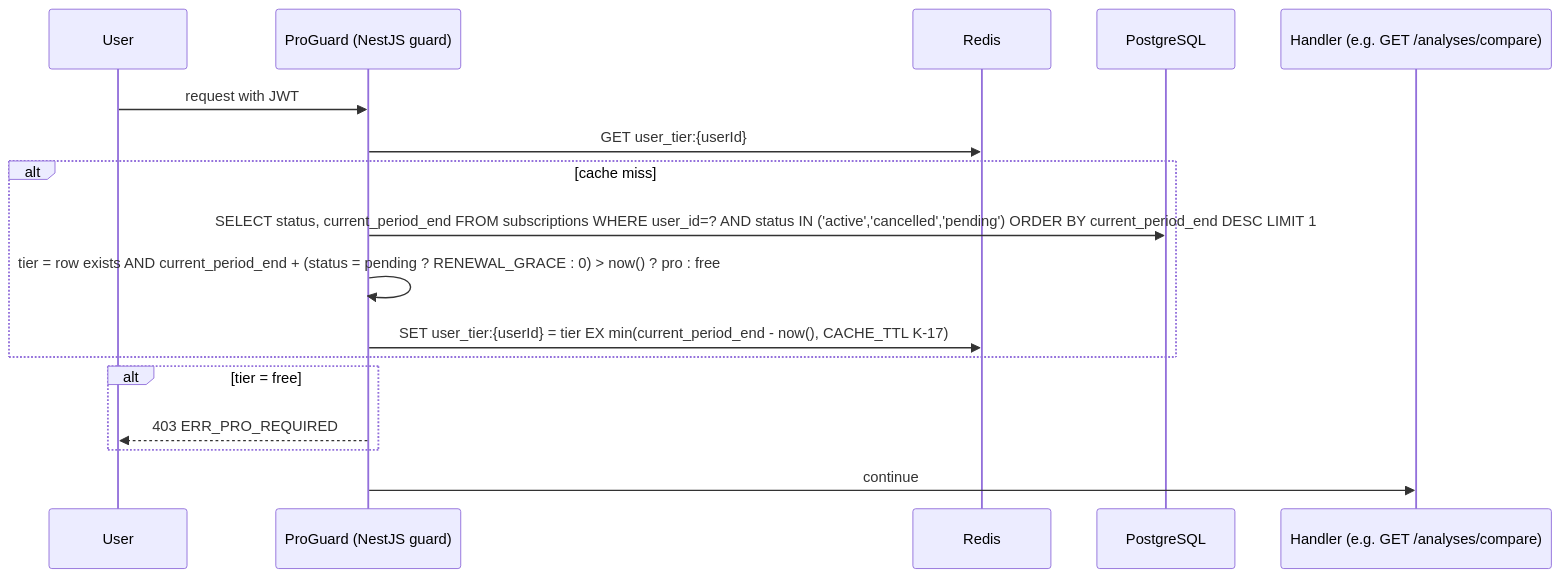
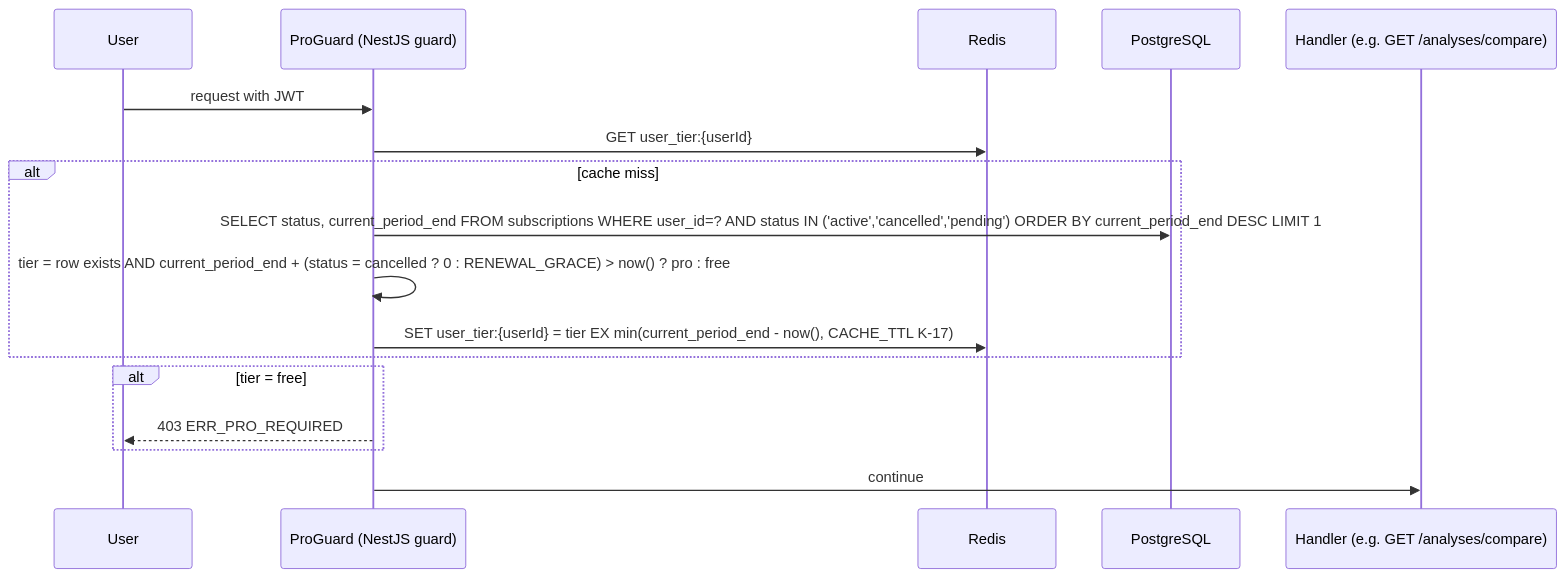
The fifth of 6 diagrams in sovan/spec.md (divii-school/spec-homework), drawn with Mermaid before and after one commit. The commit also changed other lines of this file, not shown here.

````diff
--- a/sovan/spec.md
+++ b/sovan/spec.md
@@ -525,20 +525,20 @@
 ```mermaid
 sequenceDiagram
     participant U as User
     participant G as ProGuard (NestJS guard)
     participant R as Redis
     participant DB as PostgreSQL
     participant H as Handler (e.g. GET /analyses/compare)
 
     U->>G: request with JWT
     G->>R: GET user_tier:{userId}
     alt cache miss
         G->>DB: SELECT status, current_period_end FROM subscriptions WHERE user_id=? AND status IN ('active','cancelled','pending') ORDER BY current_period_end DESC LIMIT 1
-        G->>G: tier = row exists AND current_period_end + (status = pending ? RENEWAL_GRACE : 0) > now() ? pro : free
+        G->>G: tier = row exists AND current_period_end + (status = cancelled ? 0 : RENEWAL_GRACE) > now() ? pro : free
         G->>R: SET user_tier:{userId} = tier EX min(current_period_end - now(), CACHE_TTL K-17)
     end
     alt tier = free
         G-->>U: 403 ERR_PRO_REQUIRED
     end
     G->>H: continue
 ```
````
